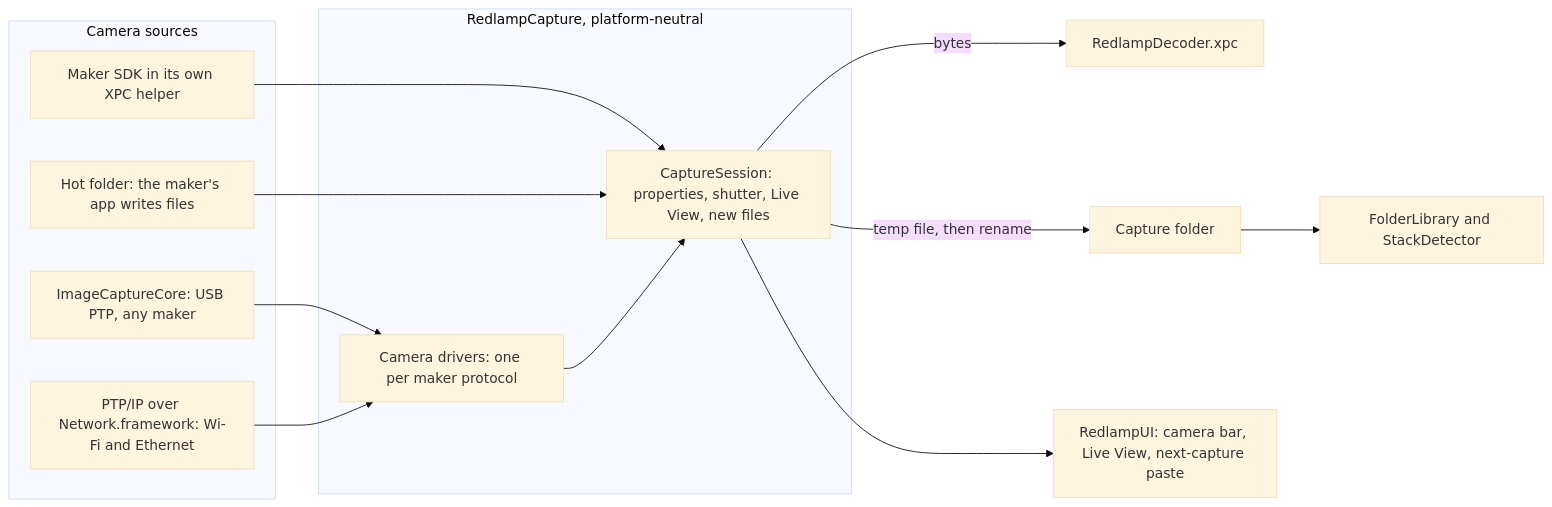
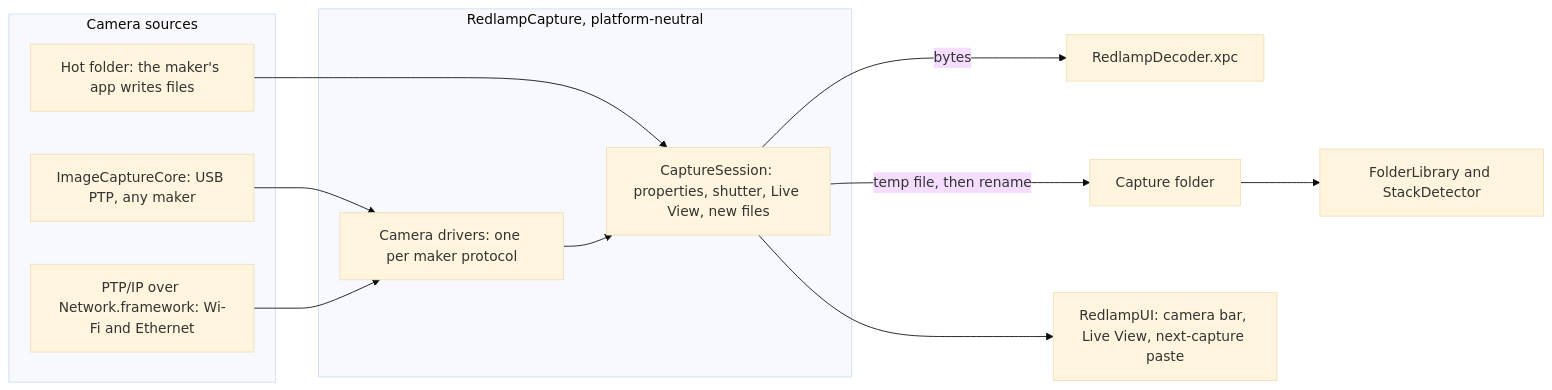
One commit to pdcgomes/redlamp changed the diagram in docs/research/notes/TC-architecture-and-workflow.md. Above: the diagram before and after it, drawn with Mermaid (base theme). The commit also changed other lines of this file and 2 other files, not shown here.

Commit message:
Tethered capture: PTP only, no maker SDKs (DEC-29 accepted, DEC-31 rejected, SKIP-16)

````diff
--- a/docs/research/notes/TC-architecture-and-workflow.md
+++ b/docs/research/notes/TC-architecture-and-workflow.md
@@ -32,22 +32,20 @@
 ```mermaid
 flowchart LR
   subgraph sources [Camera sources]
     ICC["ImageCaptureCore: USB PTP, any maker"]
     PTPIP["PTP/IP over Network.framework: Wi-Fi and Ethernet"]
-    Helper["Maker SDK in its own XPC helper"]
     Hot["Hot folder: the maker's app writes files"]
   end
   subgraph capture [RedlampCapture, platform-neutral]
     Driver["Camera drivers: one per maker protocol"]
     Session["CaptureSession: properties, shutter, Live View, new files"]
   end
   ICC --> Driver
   PTPIP --> Driver
-  Helper --> Session
   Hot --> Session
   Driver --> Session
   Session -->|"bytes"| Decoder["RedlampDecoder.xpc"]
   Session -->|"temp file, then rename"| Folder["Capture folder"]
   Session --> UI["RedlampUI: camera bar, Live View, next-capture paste"]
   Folder --> Library["FolderLibrary and StackDetector"]
 ```
````
